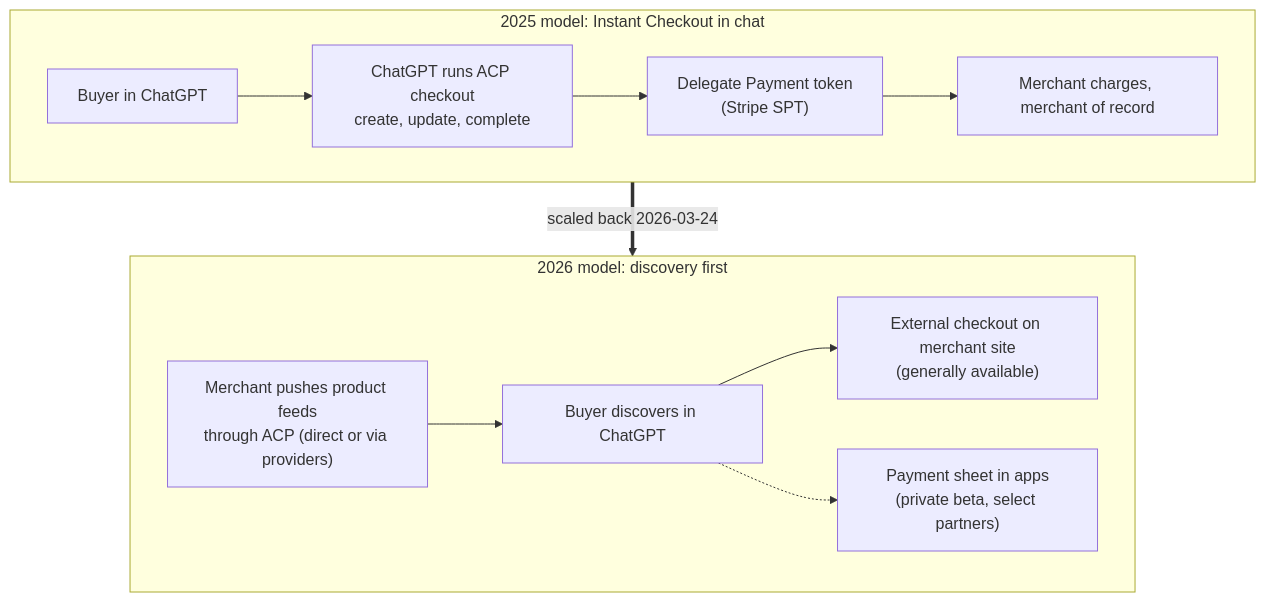
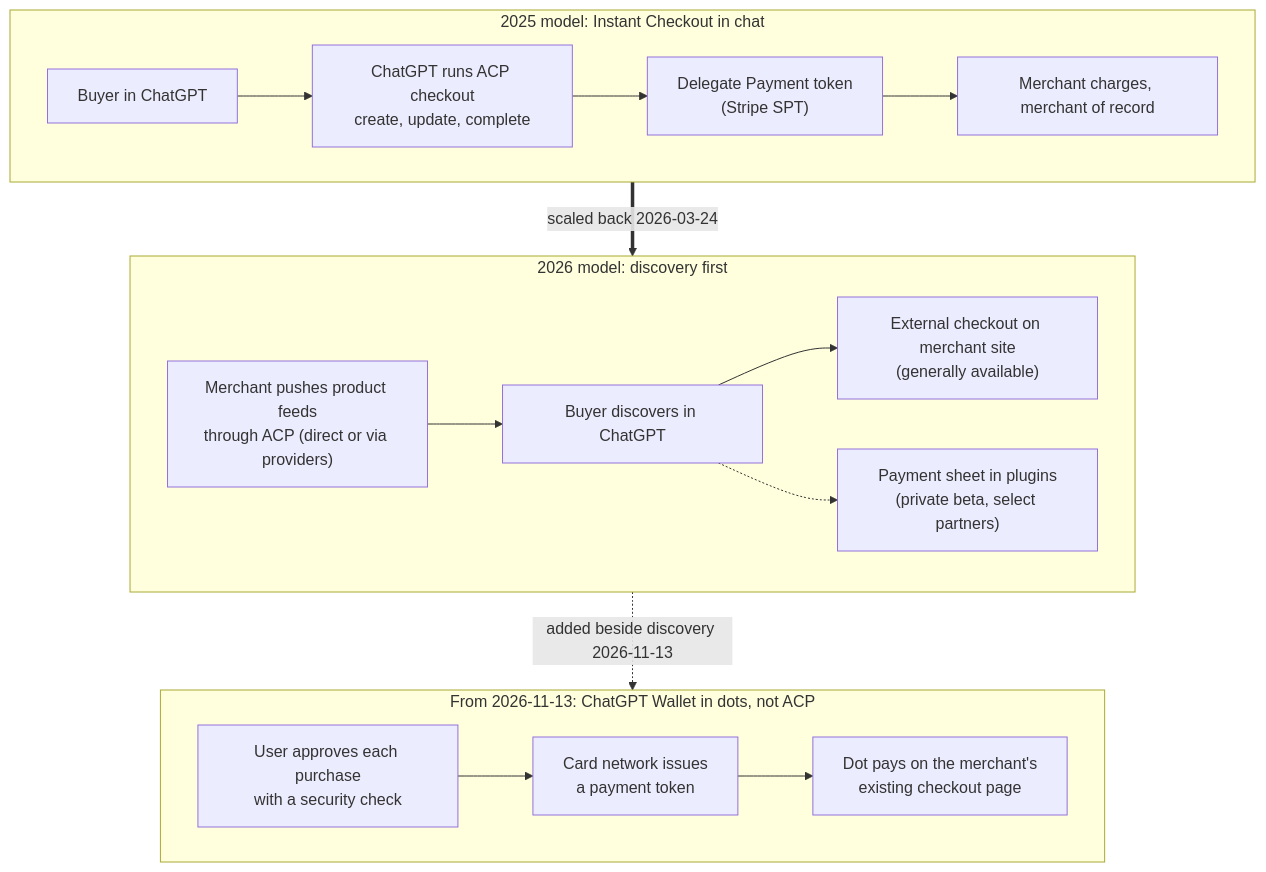
Before and after one commit to mercesAI/agentic-rails-atlas: the diagram in src/content/diagrams/openai-acp-models-2025-2026.mmd, drawn with Mermaid. The commit also changed 314 other files, not shown here.

```diff
--- a/src/content/diagrams/openai-acp-models-2025-2026.mmd
+++ b/src/content/diagrams/openai-acp-models-2025-2026.mmd
@@ -1,12 +1,17 @@
 flowchart TB
   subgraph M25["2025 model: Instant Checkout in chat"]
     A1["Buyer in ChatGPT"] --> A2["ChatGPT runs ACP checkout<br/>create, update, complete"]
     A2 --> A3["Delegate Payment token<br/>(Stripe SPT)"]
     A3 --> A4["Merchant charges, merchant of record"]
   end
   subgraph M26["2026 model: discovery first"]
     B0["Merchant pushes product feeds<br/>through ACP (direct or via providers)"] --> B1["Buyer discovers in ChatGPT"]
     B1 --> B2["External checkout on merchant site<br/>(generally available)"]
-    B1 -.-> B3["Payment sheet in apps<br/>(private beta, select partners)"]
+    B1 -.-> B3["Payment sheet in plugins<br/>(private beta, select partners)"]
+  end
+  subgraph M27["From 2026-11-13: ChatGPT Wallet in dots, not ACP"]
+    C1["User approves each purchase<br/>with a security check"] --> C2["Card network issues<br/>a payment token"]
+    C2 --> C3["Dot pays on the merchant's<br/>existing checkout page"]
   end
   M25 == "scaled back 2026-03-24" ==> M26
+  M26 -. "added beside discovery 2026-11-13" .-> M27
```
